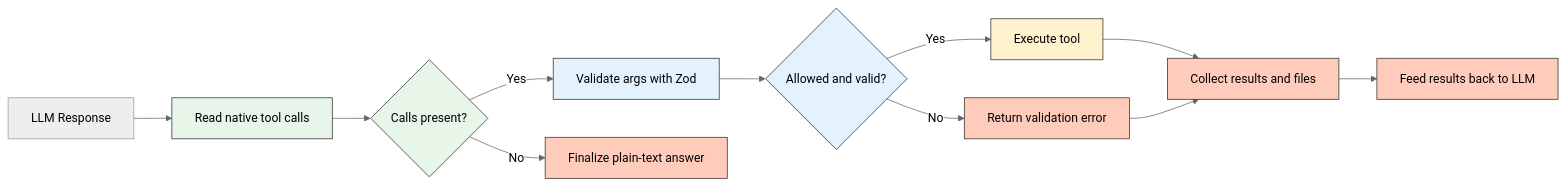
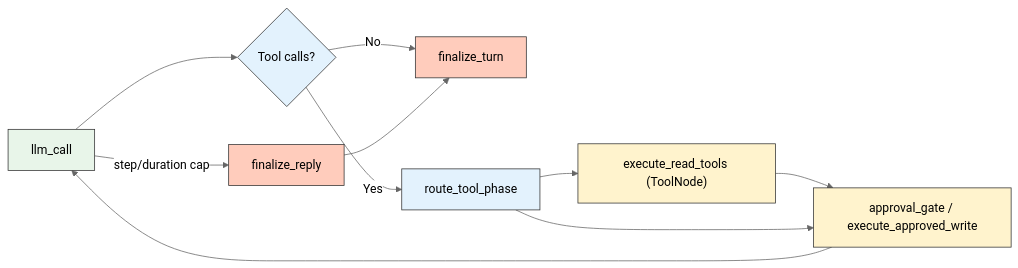
The second of 2 diagrams in docs/architecture/PIPELINE.md (BokX1/Sage), drawn with Mermaid (neutral theme) before and after one commit. The commit also changed other lines of this file and 90 other files, not shown here.

````diff
--- a/docs/architecture/PIPELINE.md
+++ b/docs/architecture/PIPELINE.md
@@ -96,18 +96,17 @@
 ```mermaid
 flowchart LR
-    classDef parse fill:#e8f5e9,stroke:#333,color:black
-    classDef validate fill:#e3f2fd,stroke:#333,color:black
+    classDef llm fill:#e8f5e9,stroke:#333,color:black
+    classDef route fill:#e3f2fd,stroke:#333,color:black
     classDef execute fill:#fff3cd,stroke:#333,color:black
     classDef result fill:#ffccbc,stroke:#333,color:black
 
-    A[LLM Response] --> B[Read native tool calls]:::parse
-    B --> C{Calls present?}:::parse
-    C -->|Yes| D[Validate args with Zod]:::validate
-    D --> E{Allowed and valid?}:::validate
-    E -->|Yes| F[Execute tool]:::execute
-    E -->|No| G[Return validation error]:::result
-    C -->|No| H[Finalize plain-text answer]:::result
-    F --> I[Collect results and files]:::result
-    G --> I
-    I --> J[Feed results back to LLM]:::result
+    A["llm_call"]:::llm --> B{"Tool calls?"}:::route
+    B -->|No| F["finalize_turn"]:::result
+    B -->|Yes| C["route_tool_phase"]:::route
+    C --> D["execute_read_tools (ToolNode)"]:::execute
+    D --> E["approval_gate / execute_approved_write"]:::execute
+    C --> E
+    E --> A
+    A -->|"step/duration cap"| G["finalize_reply"]:::result
+    G --> F
 ```
````
